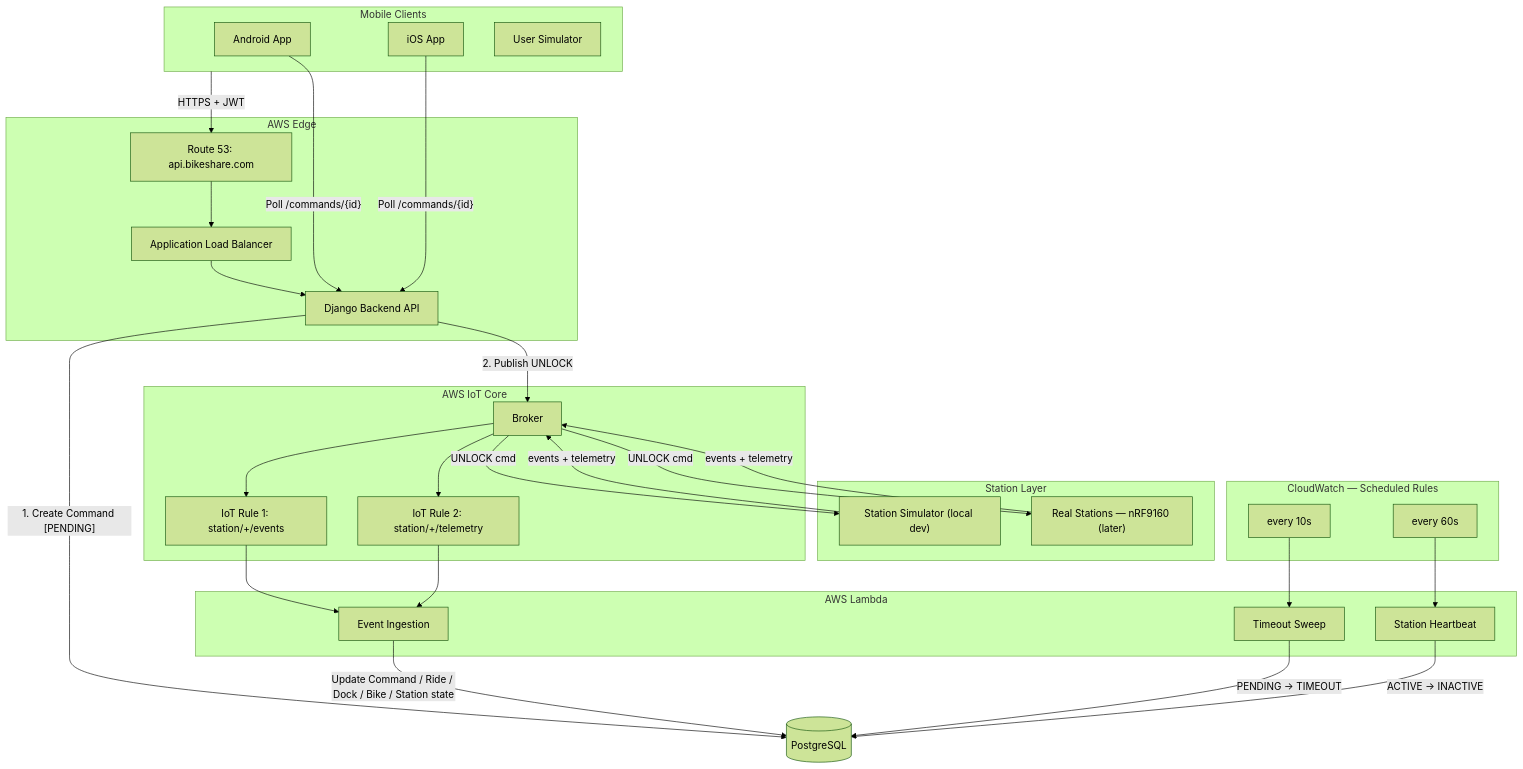
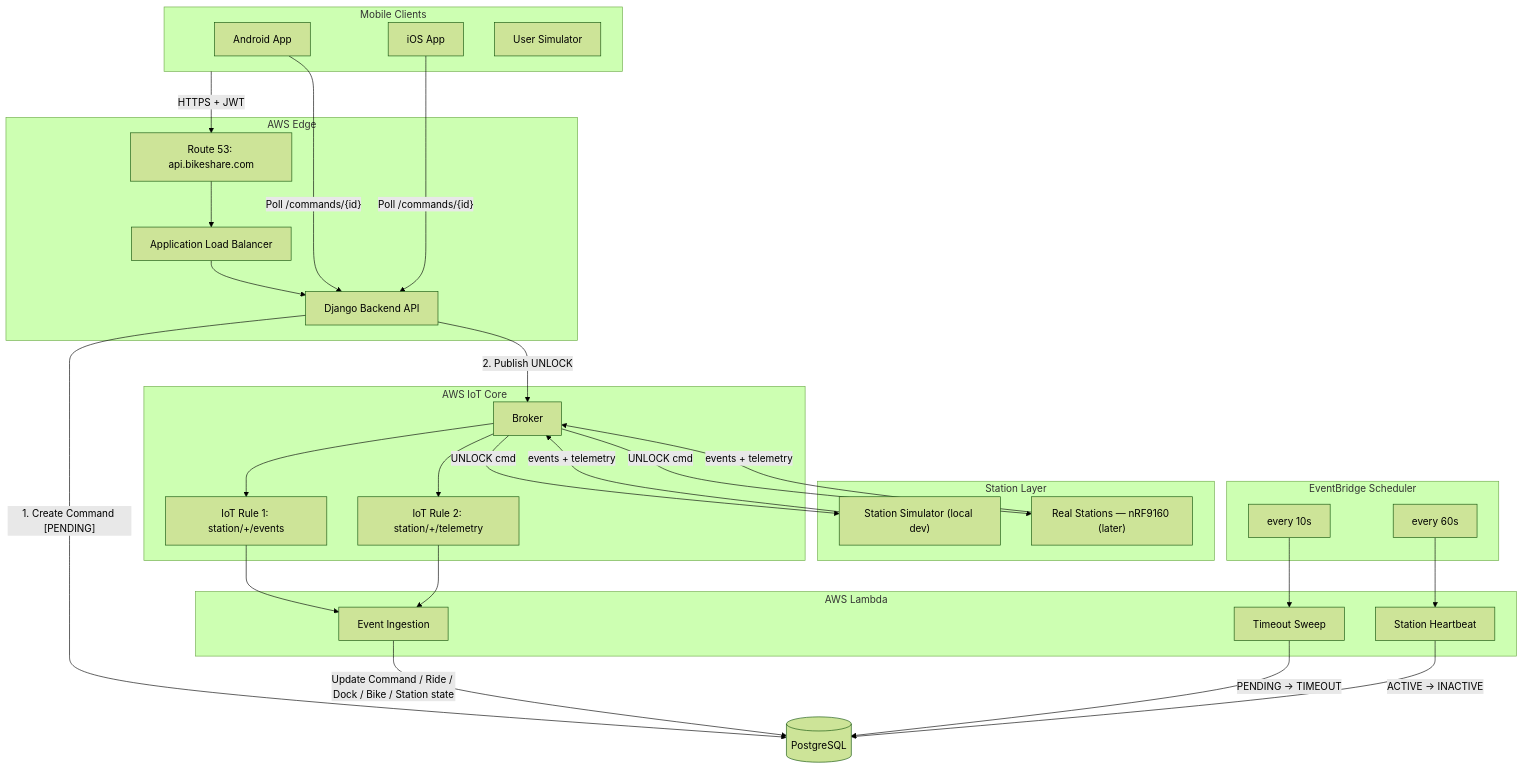
The first of 4 diagrams in docs/system-architecture.md (yeabb/bikeshare-platform), drawn with Mermaid (forest theme) before and after one commit. The commit also changed other lines of this file and 4 other files, not shown here.

Commit message:
📝 Replace CloudWatch Scheduled Rules with EventBridge Scheduler throughout

````diff
--- a/docs/system-architecture.md
+++ b/docs/system-architecture.md
@@ -5,63 +5,63 @@
 ```mermaid
 graph TD
 
 subgraph CLIENTS["Mobile Clients"]
     AND[Android App]
     IOS[iOS App]
     USIM[User Simulator]
 end
 
 subgraph EDGE["AWS Edge"]
     R53["Route 53: api.bikeshare.com"]
     ALB[Application Load Balancer]
     ECS[Django Backend API]
 end
 
 subgraph STATION_LAYER["Station Layer"]
     SSIM["Station Simulator (local dev)"]
     STN["Real Stations — nRF9160 (later)"]
 end
 
 subgraph IOT_LAYER["AWS IoT Core"]
     BROKER[Broker]
     RULE1["IoT Rule 1: station/+/events"]
     RULE2["IoT Rule 2: station/+/telemetry"]
 end
 
 subgraph LAMBDAS["AWS Lambda"]
     LINGEST[Event Ingestion]
     LSWEEP[Timeout Sweep]
     LHBEAT[Station Heartbeat]
 end
 
-subgraph SCHEDULE["CloudWatch — Scheduled Rules"]
+subgraph SCHEDULE["EventBridge Scheduler"]
     SWEEP[every 10s]
     HBEAT[every 60s]
 end
 
 DB[("PostgreSQL")]
 
 %% HTTP — inbound + polling
 CLIENTS -->|"HTTPS + JWT"| R53
 R53 --> ALB --> ECS
 AND & IOS -->|"Poll /commands/{id}"| ECS
 
 %% Backend → DB and IoT
 ECS -->|"1. Create Command [PENDING]"| DB
 ECS -->|"2. Publish UNLOCK"| BROKER
 
 %% IoT ↔ Stations
 BROKER -->|"UNLOCK cmd"| SSIM & STN
 SSIM & STN -->|"events + telemetry"| BROKER
 
 %% IoT Rules → Lambda
 BROKER --> RULE1 & RULE2
 RULE1 & RULE2 --> LINGEST
 
 %% Lambda → DB
 LINGEST -->|"Update Command / Ride / Dock / Bike / Station state"| DB
 
 %% Scheduled jobs
 SWEEP --> LSWEEP -->|"PENDING → TIMEOUT"| DB
 HBEAT --> LHBEAT -->|"ACTIVE → INACTIVE"| DB
 ```
````
